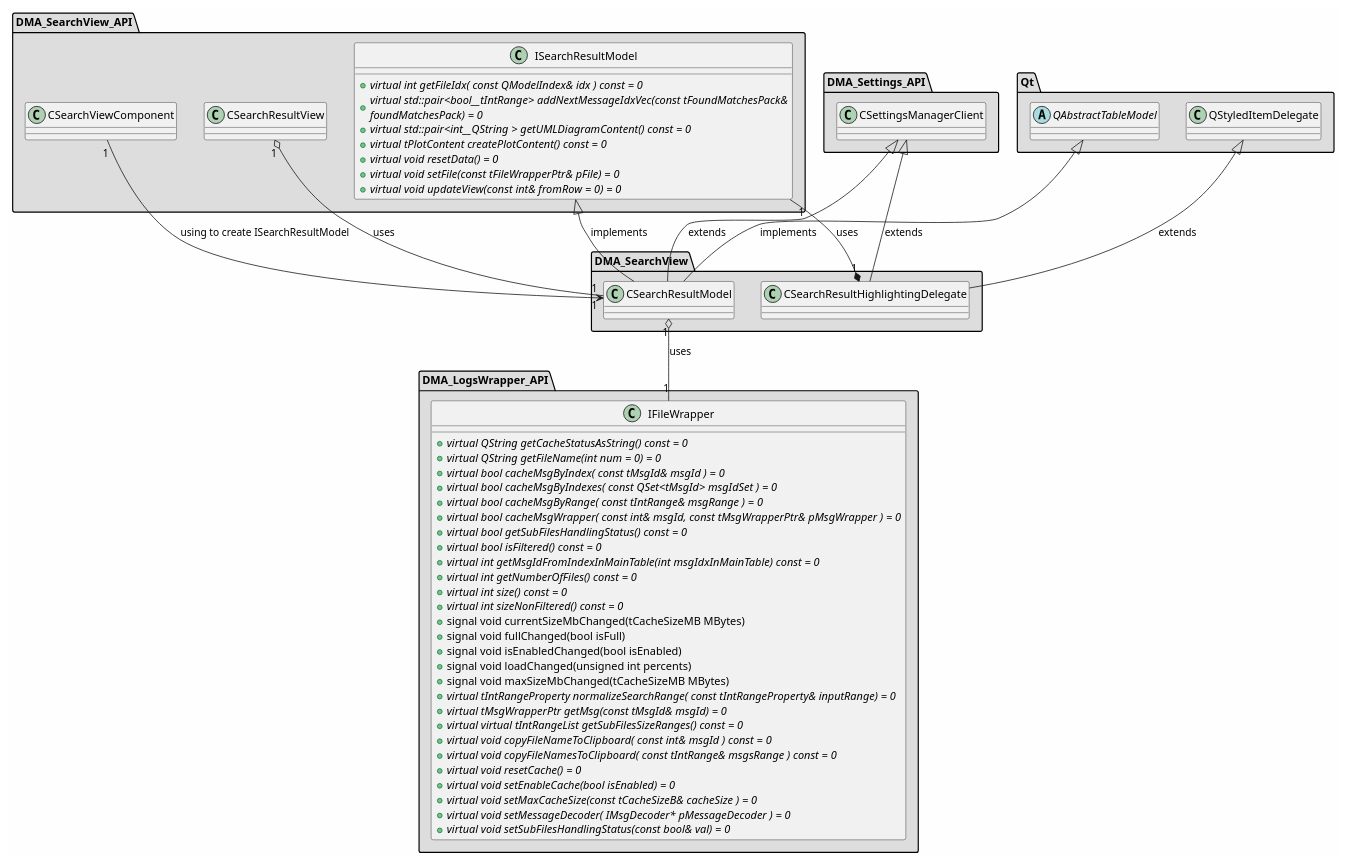
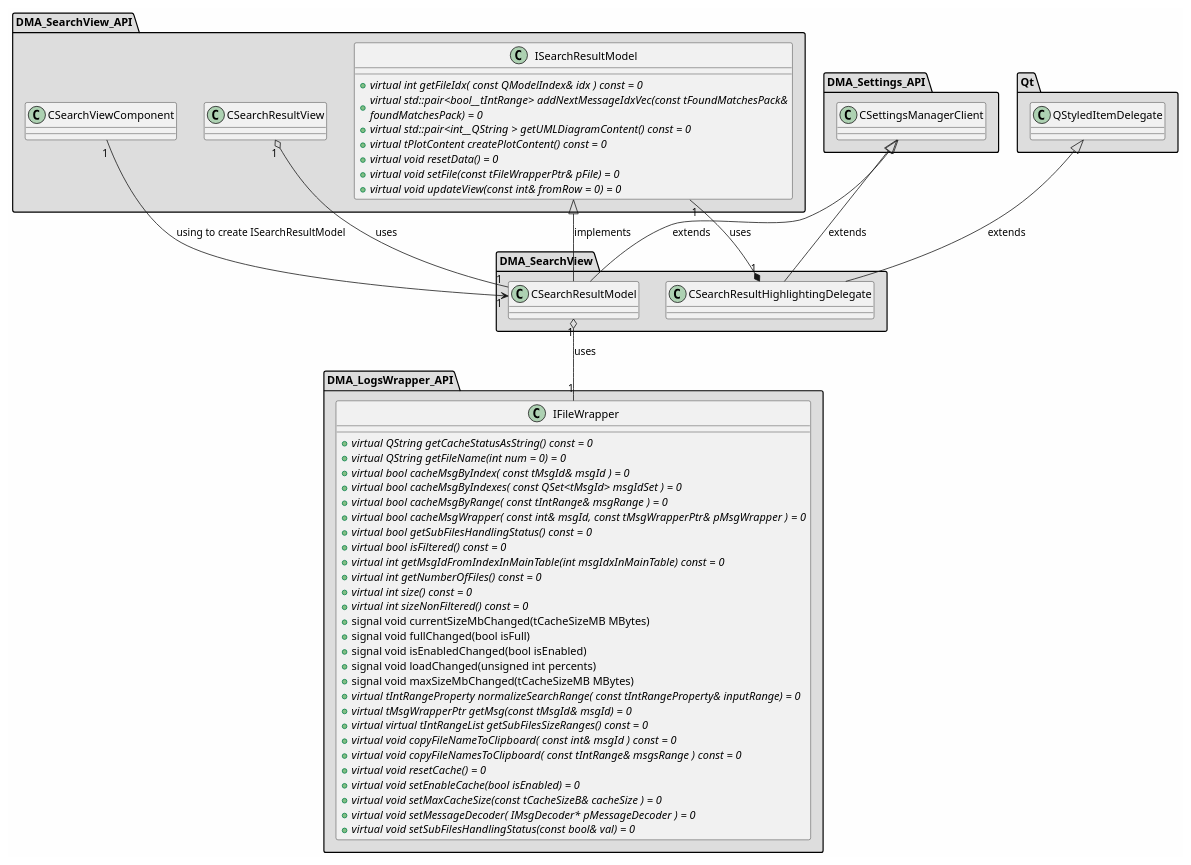
Before and after one commit to svlad-90/DLT-Message-Analyzer: the diagram in md/dev_docs/puml/DMA_SearchView.puml, drawn with PlantUML. The commit also changed 83 other files, not shown here.

```diff
--- a/md/dev_docs/puml/DMA_SearchView.puml
+++ b/md/dev_docs/puml/DMA_SearchView.puml
@@ -2,113 +2,108 @@
 @startuml
 
 skinparam backgroundColor #FEFEFE
 skinparam wrapWidth 600
 package "DMA_LogsWrapper_API" #DDDDDD
 {
 
 class "IFileWrapper"
 {
     + {abstract} virtual QString getCacheStatusAsString() const = 0
     + {abstract} virtual QString getFileName(int num = 0) = 0
     + {abstract} virtual bool cacheMsgByIndex( const tMsgId& msgId ) = 0
     + {abstract} virtual bool cacheMsgByIndexes( const QSet<tMsgId> msgIdSet ) = 0
     + {abstract} virtual bool cacheMsgByRange( const tIntRange& msgRange ) = 0
     + {abstract} virtual bool cacheMsgWrapper( const int& msgId, const tMsgWrapperPtr& pMsgWrapper ) = 0
     + {abstract} virtual bool getSubFilesHandlingStatus() const = 0
     + {abstract} virtual bool isFiltered() const = 0
     + {abstract} virtual int getMsgIdFromIndexInMainTable(int msgIdxInMainTable) const = 0
     + {abstract} virtual int getNumberOfFiles() const = 0
     + {abstract} virtual int size() const = 0
     + {abstract} virtual int sizeNonFiltered() const = 0
     + signal void currentSizeMbChanged(tCacheSizeMB MBytes)
     + signal void fullChanged(bool isFull)
     + signal void isEnabledChanged(bool isEnabled)
     + signal void loadChanged(unsigned int percents)
     + signal void maxSizeMbChanged(tCacheSizeMB MBytes)
     + {abstract} virtual tIntRangeProperty normalizeSearchRange( const tIntRangeProperty& inputRange) = 0
     + {abstract} virtual tMsgWrapperPtr getMsg(const tMsgId& msgId) = 0
     + {abstract} virtual virtual tIntRangeList getSubFilesSizeRanges() const = 0
     + {abstract} virtual void copyFileNameToClipboard( const int& msgId ) const = 0
     + {abstract} virtual void copyFileNamesToClipboard( const tIntRange& msgsRange ) const = 0
     + {abstract} virtual void resetCache() = 0
     + {abstract} virtual void setEnableCache(bool isEnabled) = 0
     + {abstract} virtual void setMaxCacheSize(const tCacheSizeB& cacheSize ) = 0
     + {abstract} virtual void setMessageDecoder( IMsgDecoder* pMessageDecoder ) = 0
     + {abstract} virtual void setSubFilesHandlingStatus(const bool& val) = 0
 }
 
 }
 
 package "DMA_SearchView" #DDDDDD
 {
 
 class "CSearchResultHighlightingDelegate"
 {
 }
 
 class "CSearchResultModel"
 {
 }
 
 }
 
 package "DMA_SearchView_API" #DDDDDD
 {
 
 class "CSearchResultView"
 {
 }
 
 class "CSearchViewComponent"
 {
 }
 
 class "ISearchResultModel"
 {
     + {abstract} virtual int getFileIdx( const QModelIndex& idx ) const = 0
     + {abstract} virtual std::pair<bool__tIntRange> addNextMessageIdxVec(const tFoundMatchesPack& foundMatchesPack) = 0
     + {abstract} virtual std::pair<int__QString > getUMLDiagramContent() const = 0
     + {abstract} virtual tPlotContent createPlotContent() const = 0
     + {abstract} virtual void resetData() = 0
     + {abstract} virtual void setFile(const tFileWrapperPtr& pFile) = 0
     + {abstract} virtual void updateView(const int& fromRow = 0) = 0
 }
 
 }
 
 package "DMA_Settings_API" #DDDDDD
 {
 
 class "CSettingsManagerClient"
 {
 }
 
 }
 
 package "Qt" #DDDDDD
 {
 
-abstract class "QAbstractTableModel"
-{
-}
-
 class "QStyledItemDelegate"
 {
 }
 
 }
 
 '====================Inheritance section====================
 CSettingsManagerClient <|-- CSearchResultHighlightingDelegate : extends
 QStyledItemDelegate <|-- CSearchResultHighlightingDelegate : extends
 CSettingsManagerClient <|-- CSearchResultModel : extends
 ISearchResultModel <|-- CSearchResultModel : implements
-QAbstractTableModel <|-- CSearchResultModel : implements
 
 '====================Dependencies section====================
 CSearchResultHighlightingDelegate "1" *-- "1" ISearchResultModel : uses
 CSearchResultModel "1" o-- "1" IFileWrapper : uses
 CSearchResultView "1" o-- "1" CSearchResultModel : uses
 CSearchViewComponent "1" --> "1" CSearchResultModel : using to create ISearchResultModel
 
 @enduml
```
